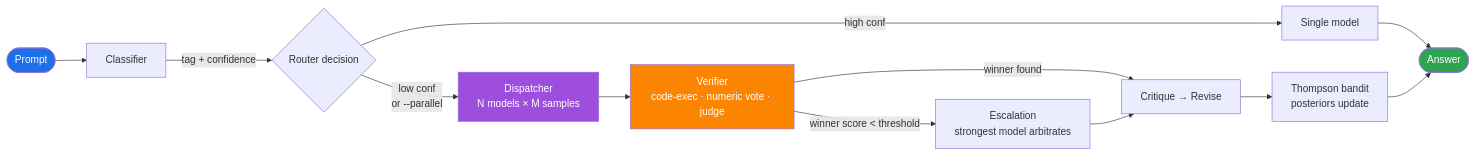
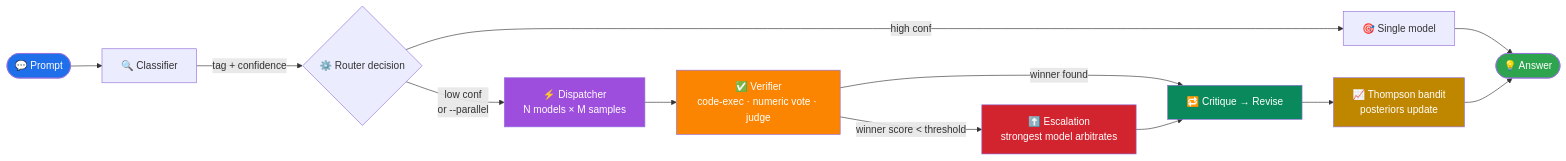
Before and after one commit to Electrum-ai/fleet-router: the diagram in README.md, drawn with Mermaid. The commit also changed other lines of this file, not shown here.

````diff
--- a/README.md
+++ b/README.md
@@ -120,19 +130,22 @@
 ```mermaid
 flowchart LR
-    P([Prompt]) --> C[Classifier]
-    C -->|tag + confidence| R{Router decision}
-    R -->|low conf<br/>or --parallel| D[Dispatcher<br/>N models × M samples]
-    R -->|high conf| S1[Single model]
-    D --> V[Verifier<br/>code-exec · numeric vote · judge]
+    P([💬 Prompt]) --> C[🔍 Classifier]
+    C -->|tag + confidence| R{⚙️ Router decision}
+    R -->|low conf<br/>or --parallel| D[⚡ Dispatcher<br/>N models × M samples]
+    R -->|high conf| S1[🎯 Single model]
+    D --> V[✅ Verifier<br/>code-exec · numeric vote · judge]
     S1 --> Out
-    V -->|winner score < threshold| E[Escalation<br/>strongest model arbitrates]
-    V -->|winner found| Refine[Critique → Revise]
+    V -->|winner score < threshold| E[⬆️ Escalation<br/>strongest model arbitrates]
+    V -->|winner found| Refine[🔁 Critique → Revise]
     E --> Refine
-    Refine --> Bandit[Thompson bandit<br/>posteriors update]
-    Bandit --> Out([Answer])
+    Refine --> Bandit[📈 Thompson bandit<br/>posteriors update]
+    Bandit --> Out([💡 Answer])
 
     style P fill:#1f6feb,color:#fff
     style Out fill:#2ea44f,color:#fff
     style D fill:#9d4edd,color:#fff
     style V fill:#fb8500,color:#fff
+    style E fill:#d1242f,color:#fff
+    style Refine fill:#0a8a5c,color:#fff
+    style Bandit fill:#bf8700,color:#fff
 ```
````
